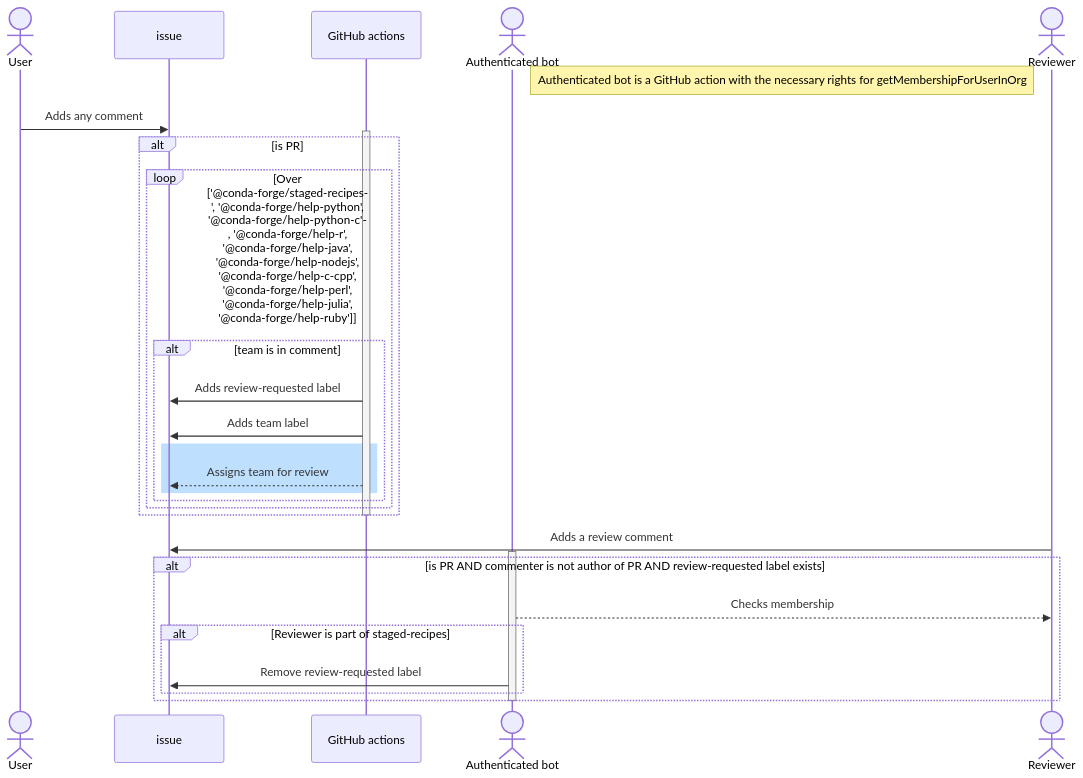
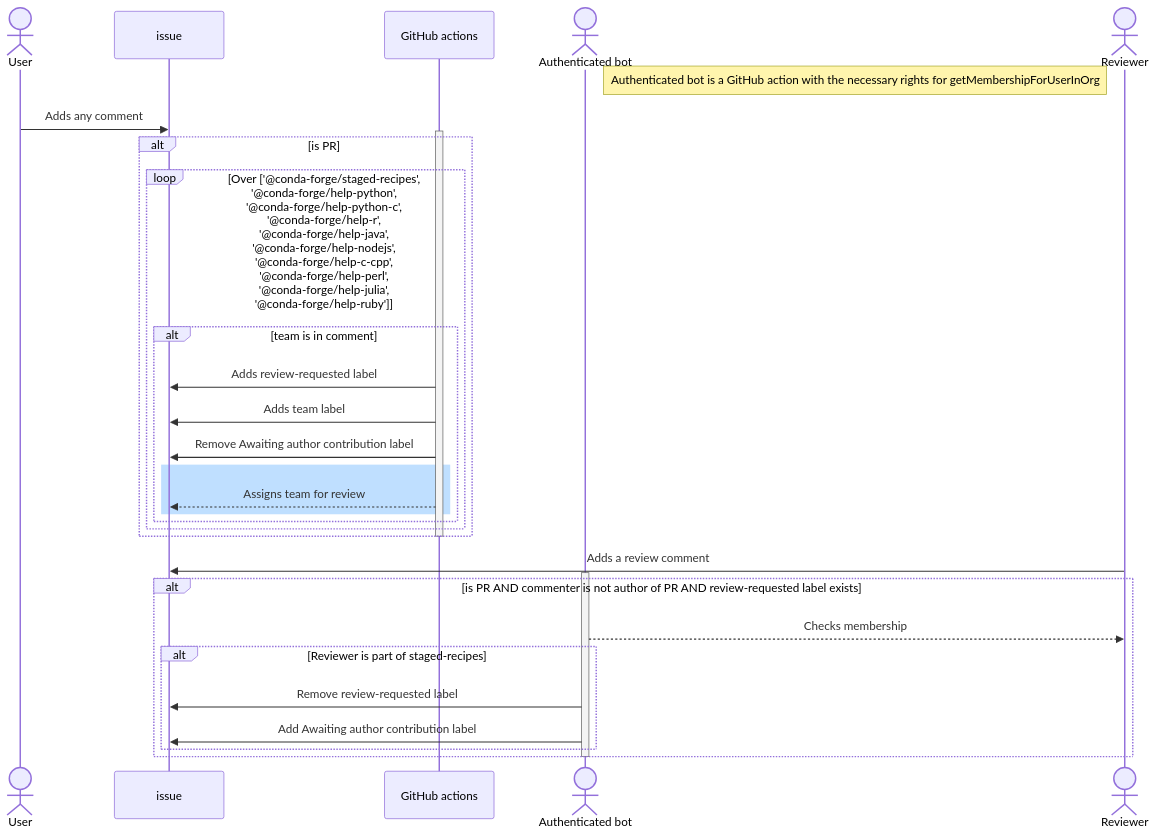
Before and after one commit to carterbox/test-labeler: the diagram in README.md, drawn with Mermaid. The commit also changed 1 other file, not shown here.

Commit message:
Restore "Awaiting author" label

````diff
--- a/README.md
+++ b/README.md
@@ -7,32 +7,34 @@
 ```mermaid
 sequenceDiagram
     actor User
     participant issue
     participant GitHub actions
     actor Authenticated bot
     actor Reviewer
     Note right of Authenticated bot: Authenticated bot is a GitHub action with the necessary rights for getMembershipForUserInOrg
     User->>issue: Adds any comment
     activate GitHub actions
     alt is PR
         loop Over ['@conda-forge/staged-recipes', '@conda-forge/help-python', '@conda-forge/help-python-c', '@conda-forge/help-r', '@conda-forge/help-java', '@conda-forge/help-nodejs', '@conda-forge/help-c-cpp', '@conda-forge/help-perl', '@conda-forge/help-julia', '@conda-forge/help-ruby']
             alt team is in comment
                 GitHub actions->>issue: Adds review-requested label
                 GitHub actions->>issue: Adds team label
+                GitHub actions->>issue: Remove Awaiting author contribution label
                 rect rgb(191, 223, 255)
                     GitHub actions-->>issue: Assigns team for review
                 end
             end
         end
     end
     deactivate GitHub actions
     Reviewer->>issue: Adds a review comment
     activate Authenticated bot
     alt is PR AND commenter is not author of PR AND review-requested label exists
         Authenticated bot-->>Reviewer: Checks membership
         alt Reviewer is part of staged-recipes
             Authenticated bot->>issue: Remove review-requested label
+            Authenticated bot->>issue: Add Awaiting author contribution label
         end
     end
     deactivate Authenticated bot
 ```
````
